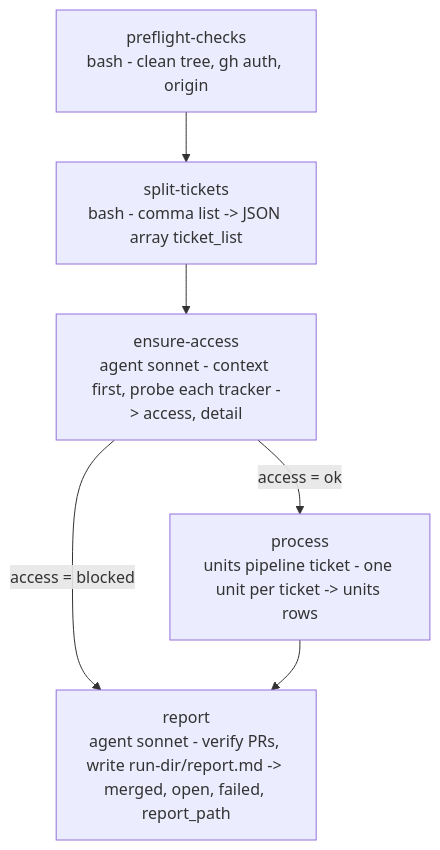
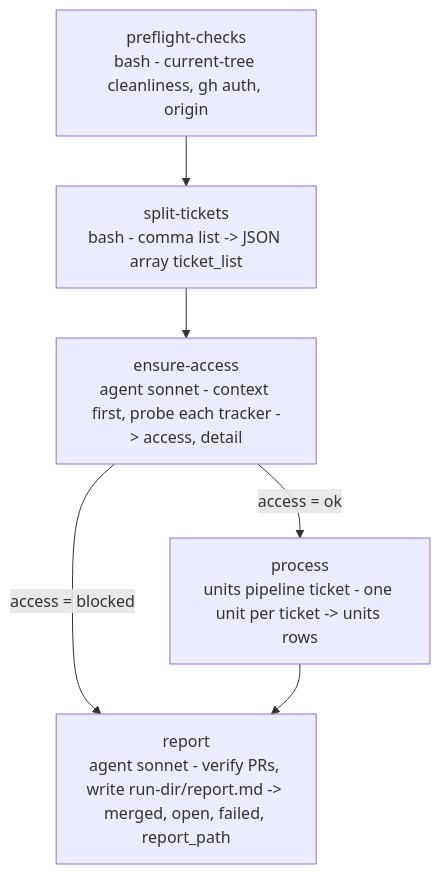
The diagram in plugins/wise/workflows/ticket-auto/README.md (e1024kb/wise-claude), drawn with Mermaid before and after one commit. The commit also changed other lines of this file and 14 other files, not shown here.

First line of the commit message:
fix: ask ticket workflows where to create their working tree (#76)

````diff
--- a/plugins/wise/workflows/ticket-auto/README.md
+++ b/plugins/wise/workflows/ticket-auto/README.md
@@ -56,8 +58,8 @@
 ```mermaid
 flowchart TD
-    A[preflight-checks<br/>bash - clean tree, gh auth, origin] --> B[split-tickets<br/>bash - comma list -> JSON array ticket_list]
+    A[preflight-checks<br/>bash - current-tree cleanliness, gh auth, origin] --> B[split-tickets<br/>bash - comma list -> JSON array ticket_list]
     B --> C[ensure-access<br/>agent sonnet - context first, probe each tracker -> access, detail]
     C -->|access = ok| D[process<br/>units pipeline ticket - one unit per ticket -> units rows]
     C -->|access = blocked| E
     D --> E[report<br/>agent sonnet - verify PRs, write run-dir/report.md -> merged, open, failed, report_path]
 ```
````
